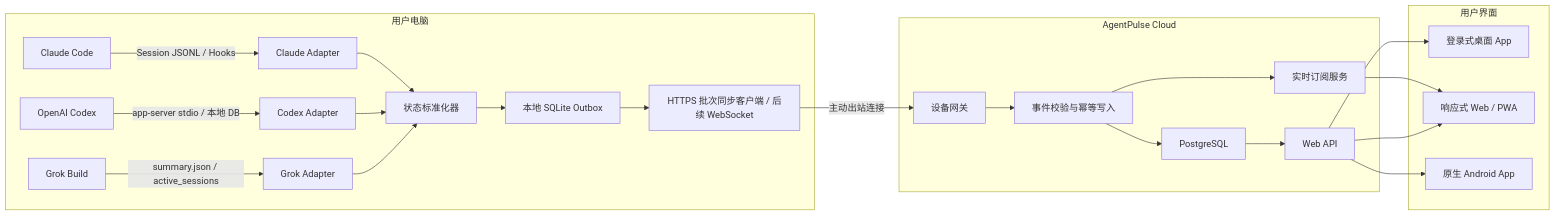
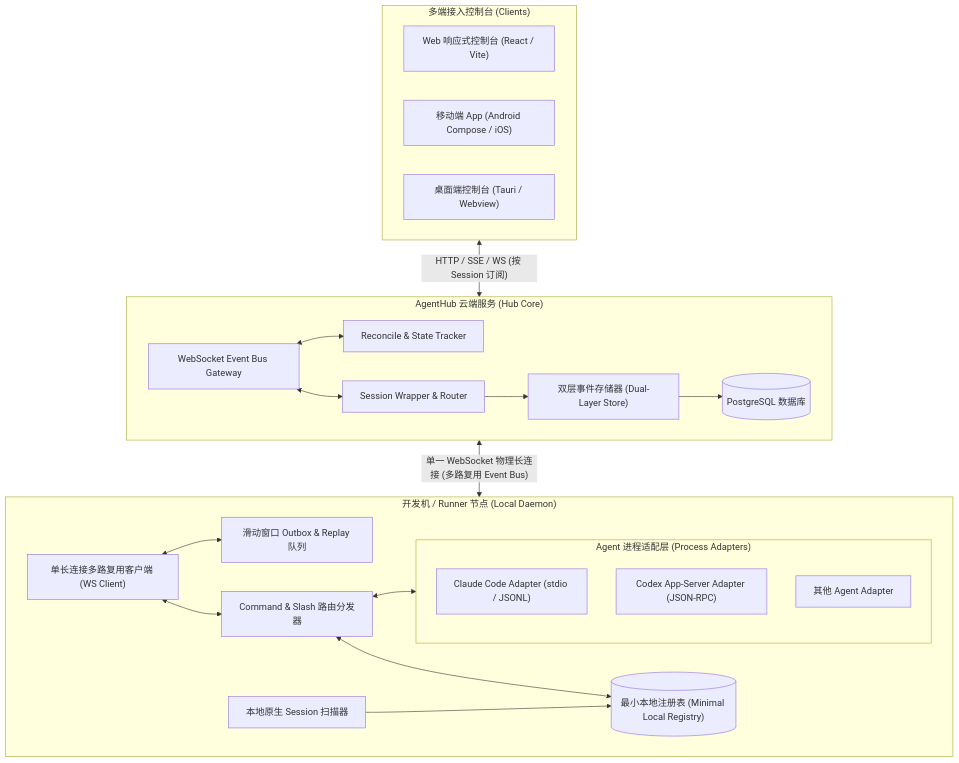
One commit to xiaoran7/agenthub changed the first of 5 diagrams in docs/ARCHITECTURE.md. Above: the diagram before and after it, drawn with Mermaid. The commit also changed other lines of this file and 7 other files, not shown here.

Commit message:
docs(spec): redelimit AgentHub architecture to unified multi-agent remote plane (v2.0.0-spec)

````diff
--- a/docs/ARCHITECTURE.md
+++ b/docs/ARCHITECTURE.md
@@ -24,47 +25,44 @@
 ```mermaid
-flowchart LR
-    subgraph Device["用户电脑"]
-        Claude["Claude Code"]
-        Codex["OpenAI Codex"]
-        Grok["Grok Build"]
-        CA["Claude Adapter"]
-        OA["Codex Adapter"]
-        GA["Grok Adapter"]
-        N["状态标准化器"]
-        DB["本地 SQLite Outbox"]
-        Sync["HTTPS 批次同步客户端 / 后续 WebSocket"]
-
-        Claude -->|"Session JSONL / Hooks"| CA
-        Codex -->|"app-server stdio / 本地 DB"| OA
-        Grok -->|"summary.json / active_sessions"| GA
-        CA --> N
-        OA --> N
-        GA --> N
-        N --> DB
-        DB --> Sync
+flowchart TB
+    subgraph Clients["多端接入控制台 (Clients)"]
+        Web["Web 响应式控制台 (React / Vite)"]
+        Mobile["移动端 App (Android Compose / iOS)"]
+        Desktop["桌面端控制台 (Tauri / Webview)"]
     end
 
-    subgraph Cloud["AgentPulse Cloud"]
-        GW["设备网关"]
-        Ingest["事件校验与幂等写入"]
-        PG["PostgreSQL"]
-        RT["实时订阅服务"]
-        API["Web API"]
+    subgraph Server["AgentHub 云端服务 (Hub Core)"]
+        WSHub["WebSocket Event Bus Gateway"]
+        ReconcileEngine["Reconcile & State Tracker"]
+        EventStore["双层事件存储器 (Dual-Layer Store)"]
+        SessionMgr["Session Wrapper & Router"]
+        PG[(PostgreSQL 数据库)]
+        
+        WSHub <--> ReconcileEngine
+        WSHub <--> SessionMgr
+        SessionMgr --> EventStore
+        EventStore --> PG
     end
 
-    subgraph Client["用户界面"]
-        Desktop["登录式桌面 App"]
-        Web["响应式 Web / PWA"]
-        Android["原生 Android App"]
+    subgraph Device["开发机 / Runner 节点 (Local Daemon)"]
+        WSClient["单长连接多路复用客户端 (WS Client)"]
+        Outbox["滑动窗口 Outbox & Replay 队列"]
+        LocalRegistry[("最小本地注册表 (Minimal Local Registry)")]
+        CmdRouter["Command & Slash 路由分发器"]
+        NativeScanner["本地原生 Session 扫描器"]
+        
+        subgraph Adapters["Agent 进程适配层 (Process Adapters)"]
+            ClaudeAdapter["Claude Code Adapter (stdio / JSONL)"]
+            CodexAdapter["Codex App-Server Adapter (JSON-RPC)"]
+            CustomAdapter["其他 Agent Adapter"]
+        end
+        
+        WSClient <--> Outbox
+        WSClient <--> CmdRouter
+        CmdRouter <--> LocalRegistry
+        CmdRouter <--> Adapters
+        NativeScanner --> LocalRegistry
     end
 
-    Sync -->|"主动出站连接"| GW
-    GW --> Ingest
-    Ingest --> PG
-    Ingest --> RT
-    PG --> API
-    RT --> Web
-    API --> Web
-    API --> Desktop
-    API --> Android
+    Clients <-->|"HTTP / SSE / WS (按 Session 订阅)"| Server
+    Server <-->|"单一 WebSocket 物理长连接 (多路复用 Event Bus)"| Device
 ```
````
